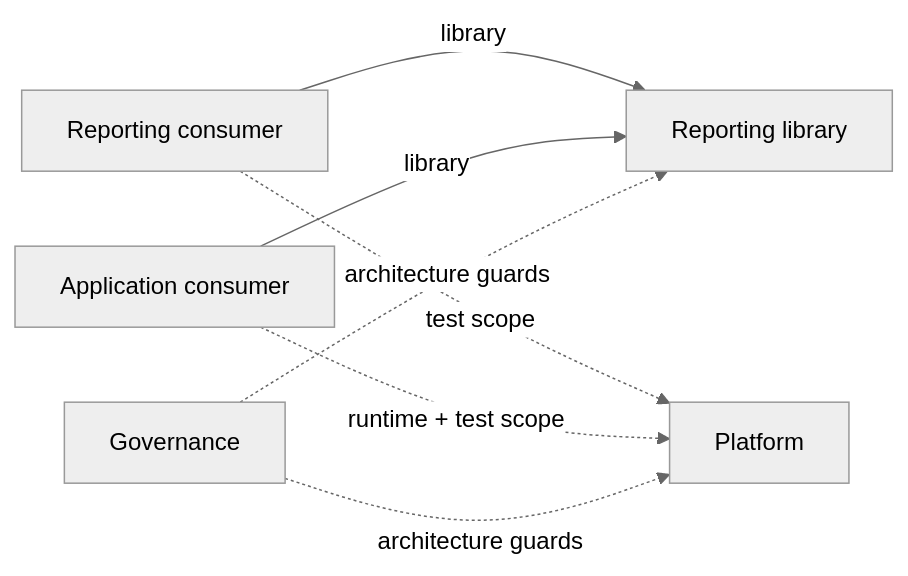
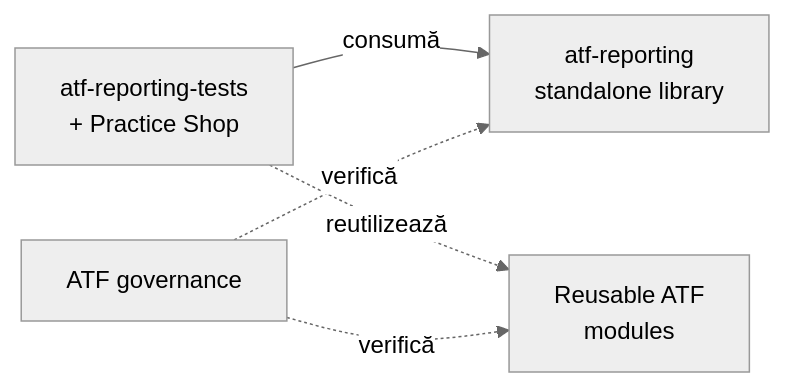
The second of 6 diagrams in README.md (crististefanita/demo2), drawn with Mermaid (neutral theme) before and after one commit. The commit also changed other lines of this file and 102 other files, not shown here.

Commit message:
Expand Java ATF reporting and governance coverage

````diff
--- a/README.md
+++ b/README.md
@@ -90,15 +89,12 @@
 ```mermaid
 flowchart LR
-    Shared[Platform]
-    Reporting[Reporting library]
-    ReportingTests[Reporting consumer]
-    PracticeShop[Application consumer]
-    Governance[Governance]
+    Consumers[atf-reporting-tests<br/>+ Practice Shop]
+    Governance[ATF governance]
+    Reporting[atf-reporting<br/>standalone library]
+    Platform[Reusable ATF<br/>modules]
 
-    ReportingTests -->|library| Reporting
-    ReportingTests -. test scope .-> Shared
-    PracticeShop -->|library| Reporting
-    PracticeShop -. runtime + test scope .-> Shared
-    Governance -. architecture guards .-> Shared
-    Governance -. architecture guards .-> Reporting
+    Consumers -->|consumă| Reporting
+    Consumers -.->|reutilizează| Platform
+    Governance -.->|verifică| Reporting
+    Governance -.->|verifică| Platform
 ```
````
